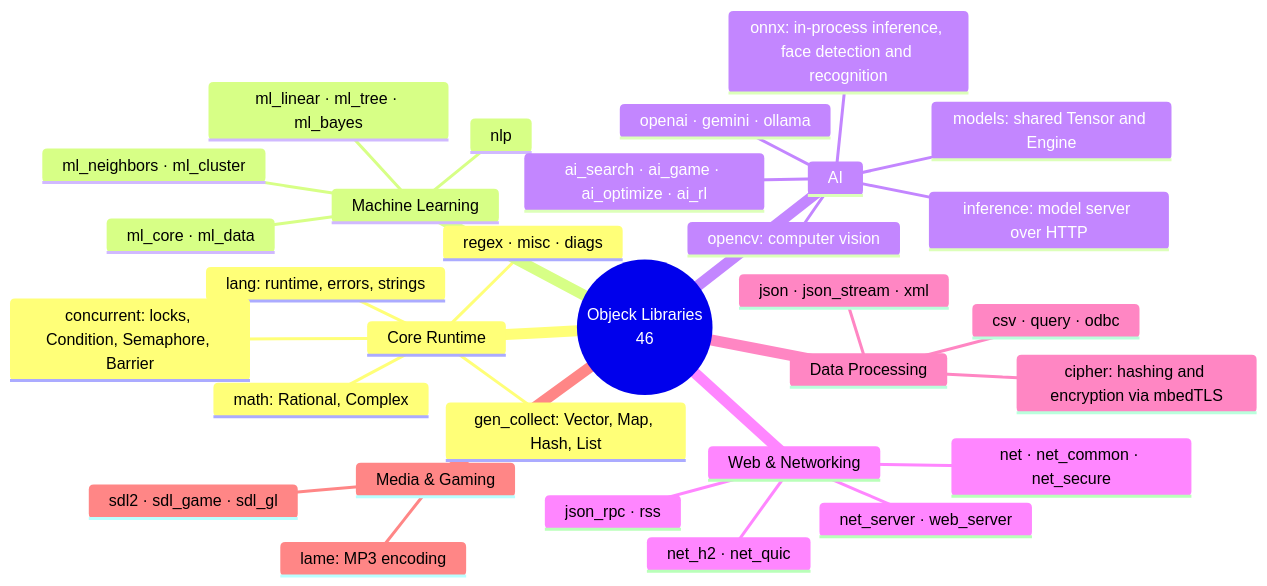
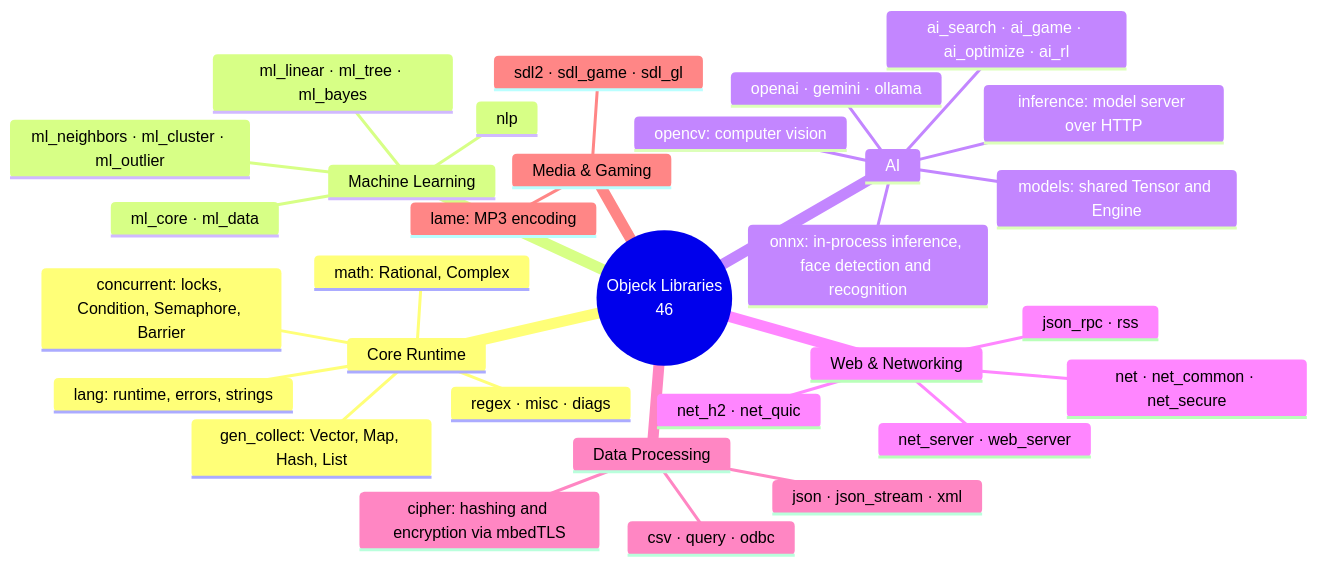
Before and after one commit to objeck/objeck-lang: the tenth of 24 diagrams in docs/architecture.md, drawn with Mermaid. The commit also changed 25 other files, not shown here.

````diff
--- a/docs/architecture.md
+++ b/docs/architecture.md
@@ -531,35 +531,35 @@
 ```mermaid
 mindmap
     root((Objeck Libraries
     46))
         Core Runtime
             lang: runtime, errors, strings
             gen_collect: Vector, Map, Hash, List
             concurrent: locks, Condition, Semaphore, Barrier
             math: Rational, Complex
             regex · misc · diags
         Machine Learning
             ml_core · ml_data
             ml_linear · ml_tree · ml_bayes
-            ml_neighbors · ml_cluster
+            ml_neighbors · ml_cluster · ml_outlier
             nlp
         AI
             onnx: in-process inference, face detection and recognition
             inference: model server over HTTP
             models: shared Tensor and Engine
             openai · gemini · ollama
             ai_search · ai_game · ai_optimize · ai_rl
             opencv: computer vision
         Web & Networking
             net · net_common · net_secure
             net_h2 · net_quic
             net_server · web_server
             json_rpc · rss
         Data Processing
             json · json_stream · xml
             csv · query · odbc
             cipher: hashing and encryption via mbedTLS
         Media & Gaming
             sdl2 · sdl_game · sdl_gl
             lame: MP3 encoding
 ```
````
